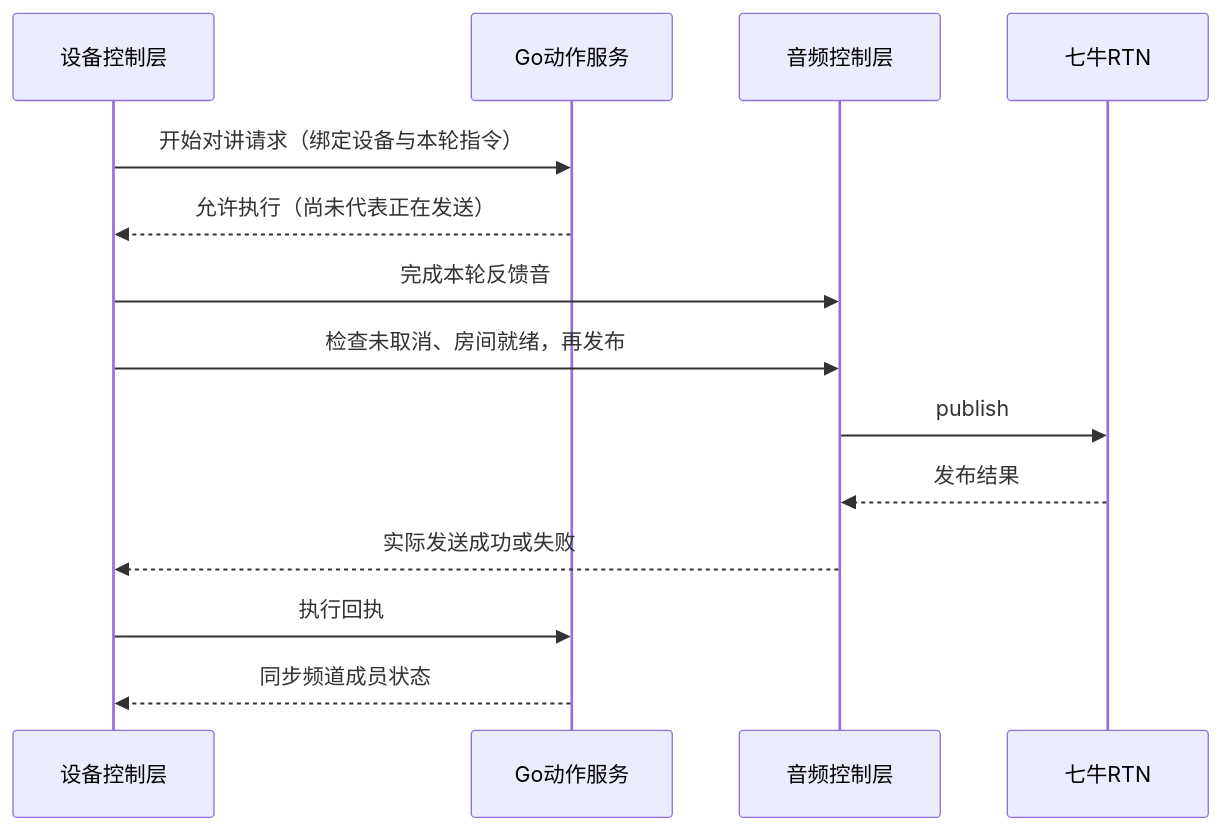
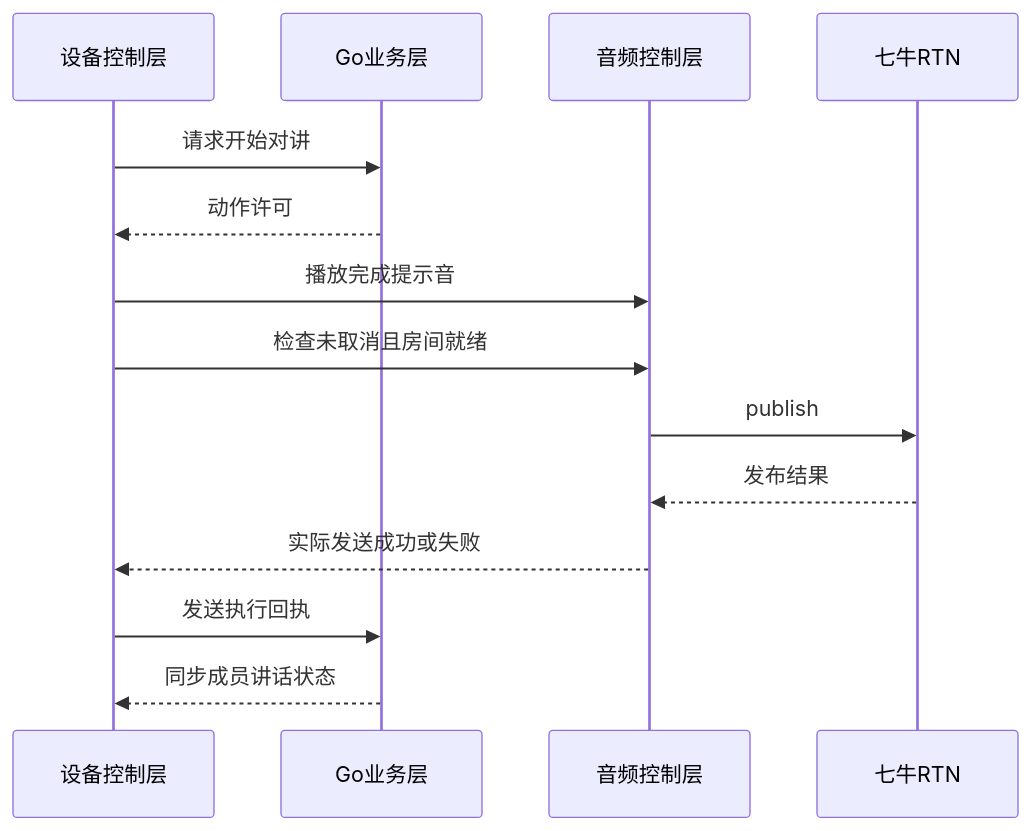
The third of 3 diagrams in docs/technical-design.md (AdairZeng/fleet-ptt), drawn with Mermaid before and after one commit. The commit also changed other lines of this file and 3 other files, not shown here.

````diff
--- a/docs/technical-design.md
+++ b/docs/technical-design.md
@@ -82,16 +152,16 @@
 ```mermaid
 sequenceDiagram
   participant D as 设备控制层
-  participant G as Go动作服务
+  participant G as Go业务层
   participant A as 音频控制层
   participant R as 七牛RTN
-  D->>G: 开始对讲请求（绑定设备与本轮指令）
-  G-->>D: 允许执行（尚未代表正在发送）
-  D->>A: 完成本轮反馈音
-  D->>A: 检查未取消、房间就绪，再发布
+  D->>G: 请求开始对讲
+  G-->>D: 动作许可
+  D->>A: 播放完成提示音
+  D->>A: 检查未取消且房间就绪
   A->>R: publish
   R-->>A: 发布结果
   A-->>D: 实际发送成功或失败
-  D->>G: 执行回执
-  G-->>D: 同步频道成员状态
+  D->>G: 发送执行回执
+  G-->>D: 同步成员讲话状态
 ```
````
